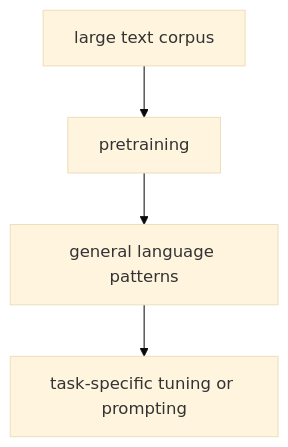
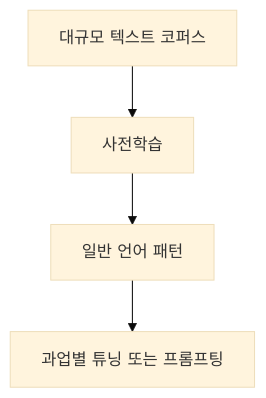
One commit to devchan64/AiBook changed the diagram in docs/assets/part-06/chapter-06/p6-c06-s01-diagram-01-ko.mmd. Above: the diagram before and after it, drawn with Mermaid (base theme). The commit also changed 139 other files, not shown here.

Commit message:
part6: expand beginner examples and diagram updates

```diff
--- a/docs/assets/part-06/chapter-06/p6-c06-s01-diagram-01-ko.mmd
+++ b/docs/assets/part-06/chapter-06/p6-c06-s01-diagram-01-ko.mmd
@@ -1,9 +1,9 @@
 flowchart TD
-  A["large text corpus"]
-  B["pretraining"]
-  C["general language patterns"]
-  D["task-specific tuning or prompting"]
+  A["대규모 텍스트 코퍼스"]
+  B["사전학습"]
+  C["일반 언어 패턴"]
+  D["과업별 튜닝 또는 프롬프팅"]
 
   A --> B
   B --> C
   C --> D
```
